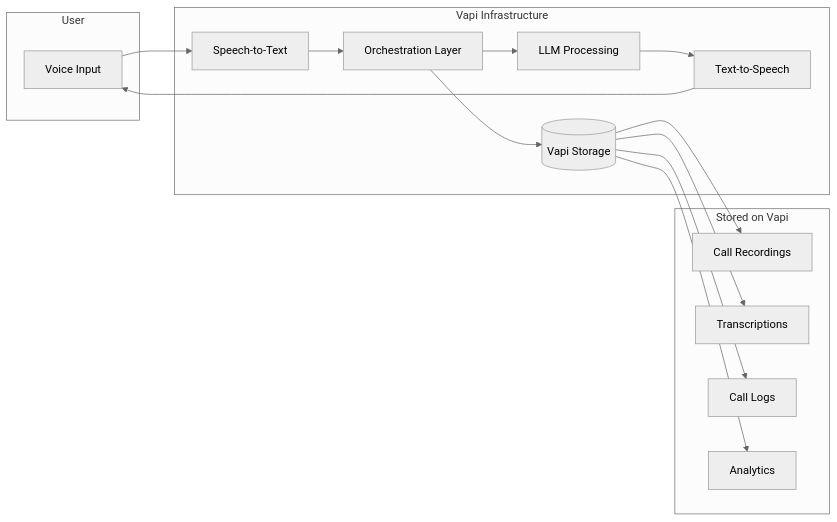
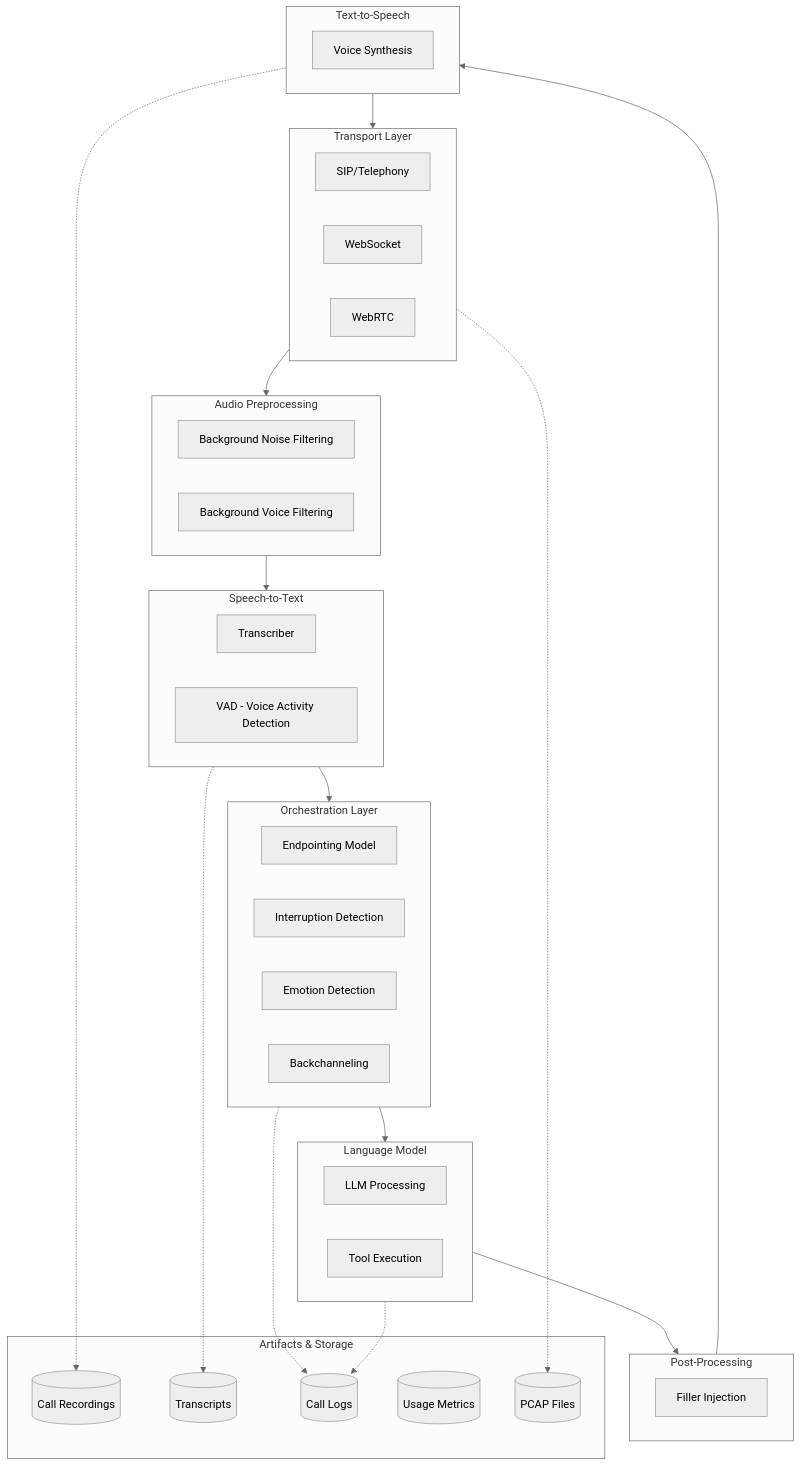
The first of 4 diagrams in fern/security-and-privacy/data-flow.mdx (VapiAI/docs), drawn with Mermaid (neutral theme) before and after one commit. The commit also changed other lines of this file, not shown here.

First line of the commit message:
docs: enhance data flow documentation with detailed pipeline architecture

````diff
--- a/fern/security-and-privacy/data-flow.mdx
+++ b/fern/security-and-privacy/data-flow.mdx
@@ -20,25 +25,60 @@
 ```mermaid
-flowchart LR
-    subgraph User["User"]
-        A[Voice Input]
+flowchart TB
+    subgraph Transport["Transport Layer"]
+        T1[SIP/Telephony]
+        T2[WebSocket]
+        T3[WebRTC]
     end
-    
-    subgraph Vapi["Vapi Infrastructure"]
-        B[Speech-to-Text]
-        C[Orchestration Layer]
-        D[LLM Processing]
-        E[Text-to-Speech]
-        F[(Vapi Storage)]
+
+    subgraph AudioPreprocess["Audio Preprocessing"]
+        AP1[Background Noise Filtering]
+        AP2[Background Voice Filtering]
     end
-    
-    subgraph Stored["Stored on Vapi"]
-        G[Call Recordings]
-        H[Transcriptions]
-        I[Call Logs]
-        J[Analytics]
+
+    subgraph STT["Speech-to-Text"]
+        STT1[Transcriber]
+        STT2[VAD - Voice Activity Detection]
     end
-    
-    A --> B --> C --> D --> E --> A
-    C --> F
-    F --> G & H & I & J
+
+    subgraph Orchestration["Orchestration Layer"]
+        O1[Endpointing Model]
+        O2[Interruption Detection]
+        O3[Emotion Detection]
+        O4[Backchanneling]
+    end
+
+    subgraph LLM["Language Model"]
+        LLM1[LLM Processing]
+        LLM2[Tool Execution]
+    end
+
+    subgraph PostProcess["Post-Processing"]
+        PP1[Filler Injection]
+    end
+
+    subgraph TTS["Text-to-Speech"]
+        TTS1[Voice Synthesis]
+    end
+
+    subgraph Artifacts["Artifacts & Storage"]
+        A1[(Call Recordings)]
+        A2[(Transcripts)]
+        A3[(Call Logs)]
+        A4[(Usage Metrics)]
+        A5[(PCAP Files)]
+    end
+
+    Transport --> AudioPreprocess
+    AudioPreprocess --> STT
+    STT --> Orchestration
+    Orchestration --> LLM
+    LLM --> PostProcess
+    PostProcess --> TTS
+    TTS --> Transport
+
+    STT -.-> A2
+    Orchestration -.-> A3
+    LLM -.-> A3
+    TTS -.-> A1
+    Transport -.-> A5
 ```
````
